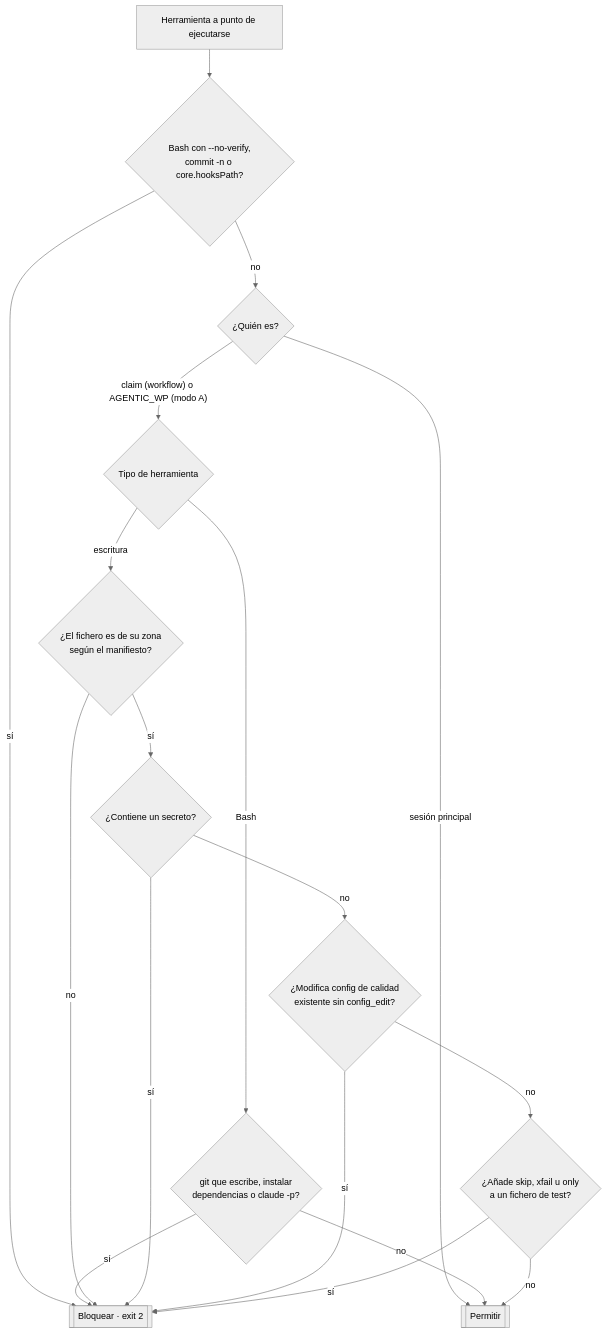
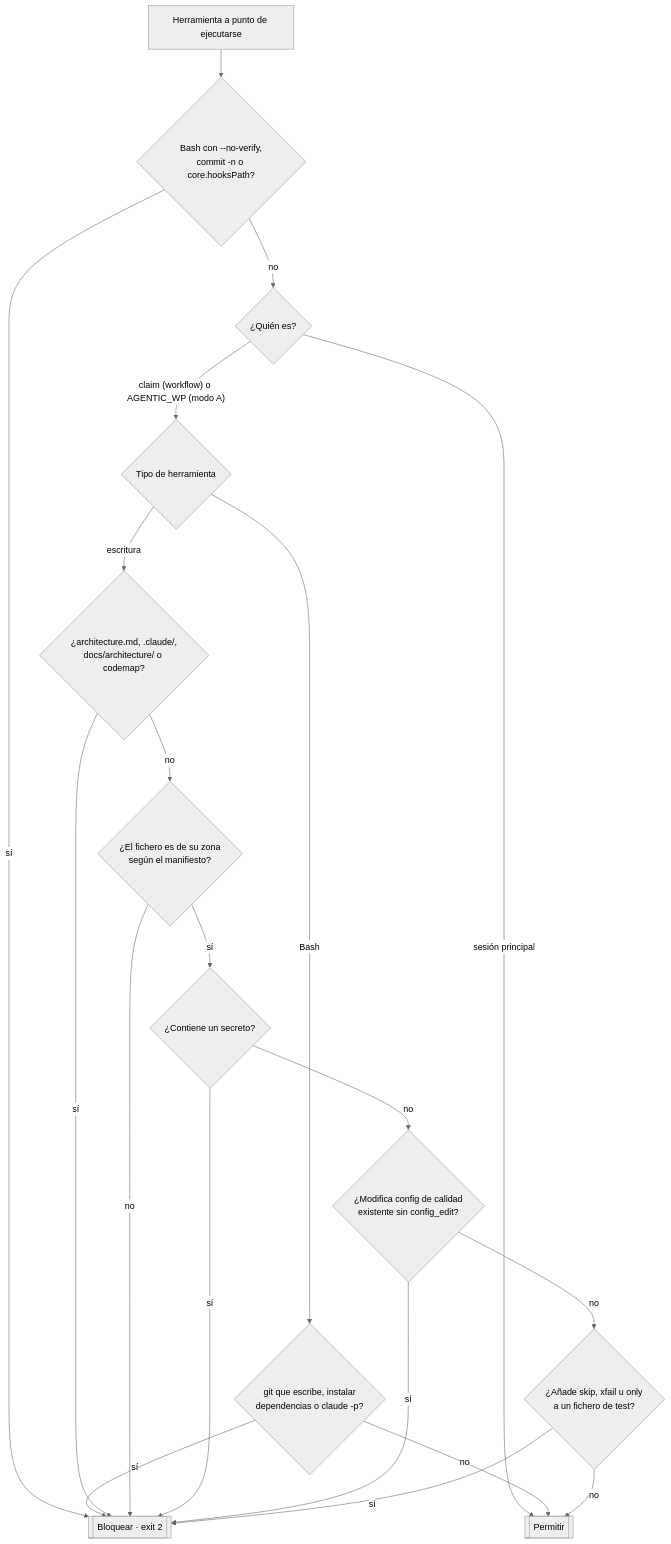
Before and after one commit to jagosar/agentic-flow: the fourth of 5 diagrams in docs/how-it-works.md, drawn with Mermaid (neutral theme). The commit also changed other lines of this file and 36 other files, not shown here.

````diff
--- a/docs/how-it-works.md
+++ b/docs/how-it-works.md
@@ -149,20 +166,22 @@
 ```mermaid
 flowchart TD
     E["Herramienta a punto de ejecutarse"] --> NV{"Bash con --no-verify,<br/>commit -n o core.hooksPath?"}
     NV -->|sí| BLK[["Bloquear · exit 2"]]
     NV -->|no| ID{"¿Quién es?"}
     ID -->|sesión principal| OK[["Permitir"]]
     ID -->|"claim (workflow) o AGENTIC_WP (modo A)"| T{"Tipo de herramienta"}
     T -->|Bash| GB{"git que escribe, instalar<br/>dependencias o claude -p?"}
     GB -->|sí| BLK
     GB -->|no| OK
-    T -->|escritura| OWN{"¿El fichero es de su zona<br/>según el manifiesto?"}
+    T -->|escritura| PROT{"¿architecture.md, .claude/,<br/>docs/architecture/ o codemap?"}
+    PROT -->|sí| BLK
+    PROT -->|no| OWN{"¿El fichero es de su zona<br/>según el manifiesto?"}
     OWN -->|no| BLK
     OWN -->|sí| SEC{"¿Contiene un secreto?"}
     SEC -->|sí| BLK
     SEC -->|no| CFG{"¿Modifica config de calidad<br/>existente sin config_edit?"}
     CFG -->|sí| BLK
     CFG -->|no| SKIP{"¿Añade skip, xfail u only<br/>a un fichero de test?"}
     SKIP -->|sí| BLK
     SKIP -->|no| OK
 ```
````
